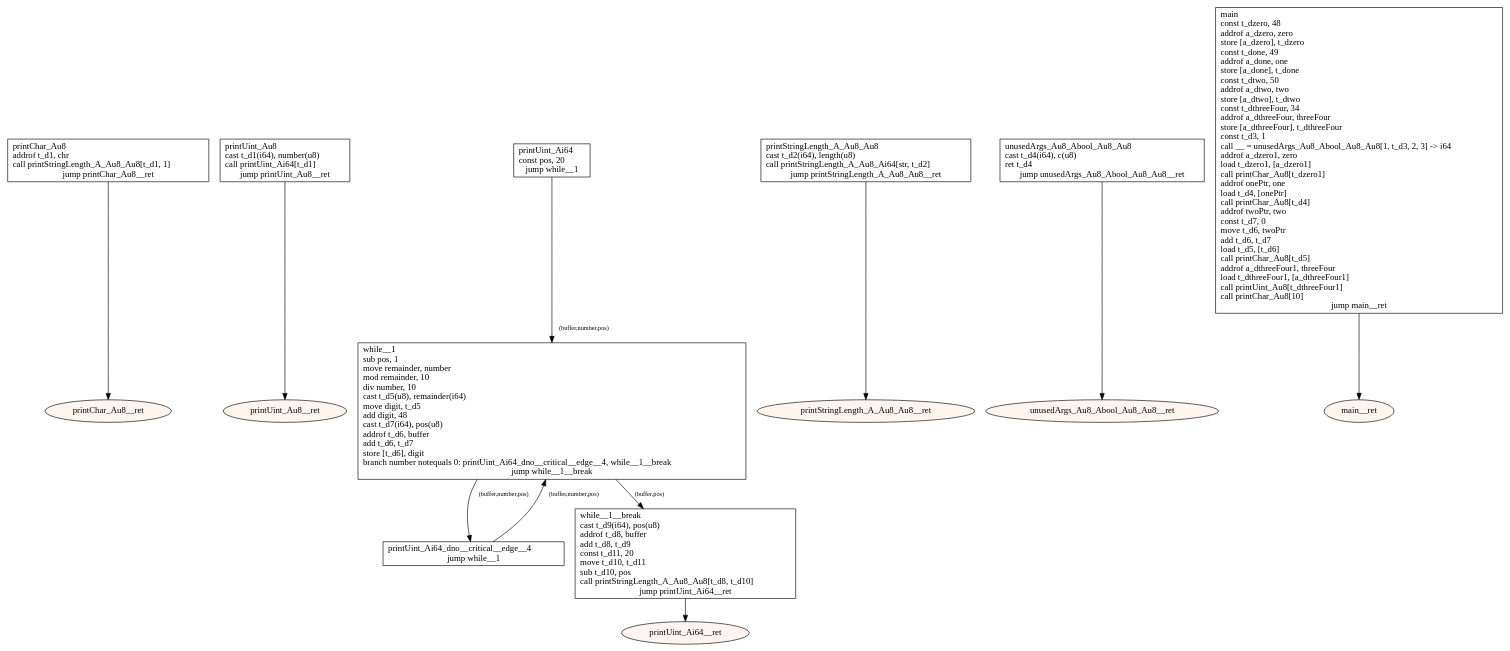
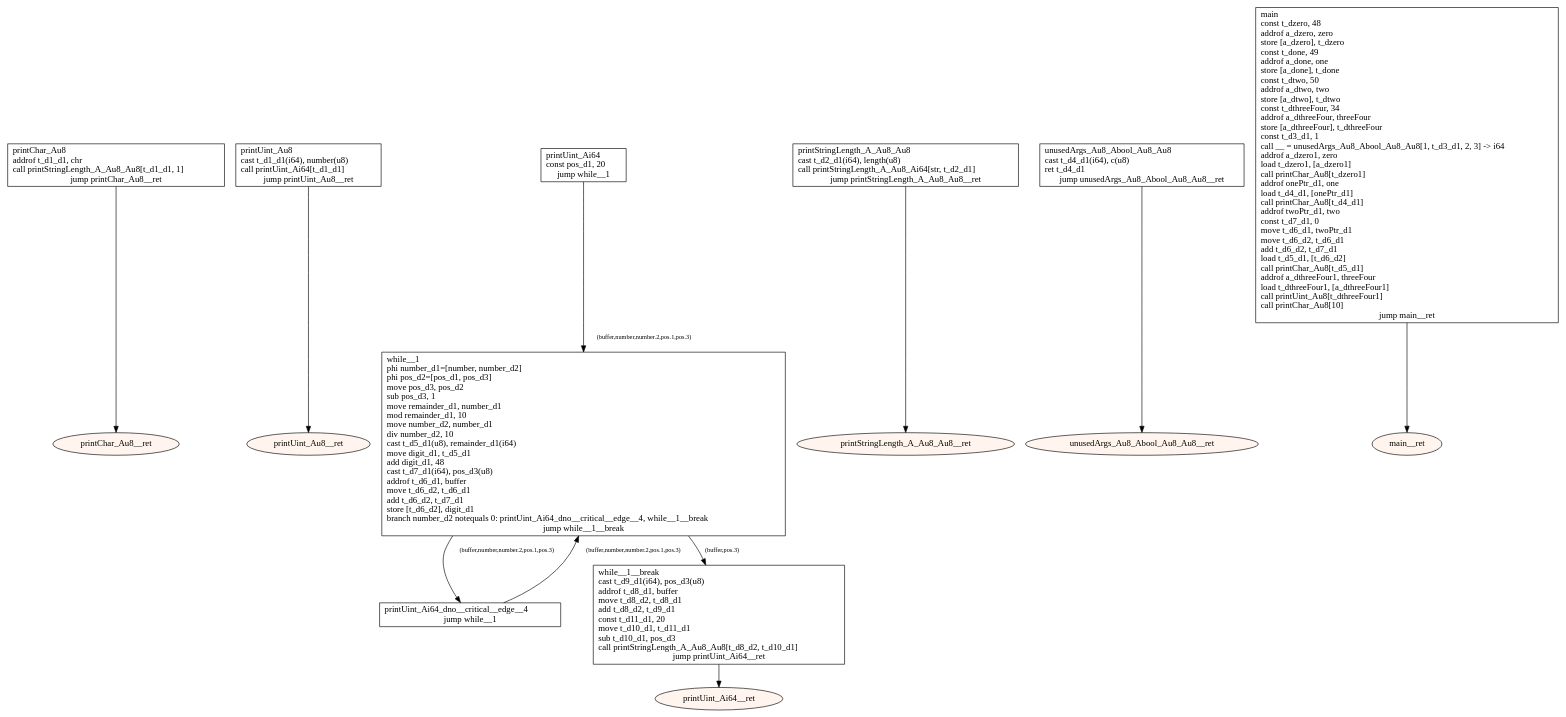
Before and after one commit to tmssngr/tinyC: the diagram in src/main/resources-test/compiler/windows/basics.dot, drawn with Graphviz. The commit also changed 90 other files, not shown here.

```diff
--- a/src/main/resources-test/compiler/windows/basics.dot
+++ b/src/main/resources-test/compiler/windows/basics.dot
@@ -1,40 +1,40 @@
 digraph program {
 	edge[fontsize="10pt"];
 	subgraph fn_printChar_Au8 {
-		BasicBlock_0_printChar_Au8 [label="printChar_Au8\laddrof t_d1, chr\lcall printStringLength_A_Au8_Au8[t_d1, 1]\ljump printChar_Au8__ret",shape=box];
+		BasicBlock_0_printChar_Au8 [label="printChar_Au8\laddrof t_d1_d1, chr\lcall printStringLength_A_Au8_Au8[t_d1_d1, 1]\ljump printChar_Au8__ret",shape=box];
 		BasicBlock_0_printChar_Au8 -> BasicBlock_0_printChar_Au8__ret;
 		BasicBlock_0_printChar_Au8__ret [label="printChar_Au8__ret",shape=oval,style=filled,fillcolor="#fff5ee"];
 	}
 	subgraph fn_printUint_Au8 {
-		BasicBlock_1_printUint_Au8 [label="printUint_Au8\lcast t_d1(i64), number(u8)\lcall printUint_Ai64[t_d1]\ljump printUint_Au8__ret",shape=box];
+		BasicBlock_1_printUint_Au8 [label="printUint_Au8\lcast t_d1_d1(i64), number(u8)\lcall printUint_Ai64[t_d1_d1]\ljump printUint_Au8__ret",shape=box];
 		BasicBlock_1_printUint_Au8 -> BasicBlock_1_printUint_Au8__ret;
 		BasicBlock_1_printUint_Au8__ret [label="printUint_Au8__ret",shape=oval,style=filled,fillcolor="#fff5ee"];
 	}
 	subgraph fn_printUint_Ai64 {
-		BasicBlock_2_printUint_Ai64 [label="printUint_Ai64\lconst pos, 20\ljump while__1",shape=box];
-		BasicBlock_2_printUint_Ai64 -> BasicBlock_2_while__1 [label="(buffer,number,pos)"];
+		BasicBlock_2_printUint_Ai64 [label="printUint_Ai64\lconst pos_d1, 20\ljump while__1",shape=box];
+		BasicBlock_2_printUint_Ai64 -> BasicBlock_2_while__1 [label="(buffer,number,number.2,pos.1,pos.3)"];
 		BasicBlock_2_printUint_Ai64_dno__critical__edge__4 [label="printUint_Ai64_dno__critical__edge__4\ljump while__1",shape=box];
-		BasicBlock_2_printUint_Ai64_dno__critical__edge__4 -> BasicBlock_2_while__1 [label="(buffer,number,pos)"];
-		BasicBlock_2_while__1 [label="while__1\lsub pos, 1\lmove remainder, number\lmod remainder, 10\ldiv number, 10\lcast t_d5(u8), remainder(i64)\lmove digit, t_d5\ladd digit, 48\lcast t_d7(i64), pos(u8)\laddrof t_d6, buffer\ladd t_d6, t_d7\lstore [t_d6], digit\lbranch number notequals 0: printUint_Ai64_dno__critical__edge__4, while__1__break\ljump while__1__break",shape=box];
-		BasicBlock_2_while__1 -> BasicBlock_2_printUint_Ai64_dno__critical__edge__4 [label="(buffer,number,pos)"];
-		BasicBlock_2_while__1 -> BasicBlock_2_while__1__break [label="(buffer,pos)"];
-		BasicBlock_2_while__1__break [label="while__1__break\lcast t_d9(i64), pos(u8)\laddrof t_d8, buffer\ladd t_d8, t_d9\lconst t_d11, 20\lmove t_d10, t_d11\lsub t_d10, pos\lcall printStringLength_A_Au8_Au8[t_d8, t_d10]\ljump printUint_Ai64__ret",shape=box];
+		BasicBlock_2_printUint_Ai64_dno__critical__edge__4 -> BasicBlock_2_while__1 [label="(buffer,number,number.2,pos.1,pos.3)"];
+		BasicBlock_2_while__1 [label="while__1\lphi number_d1=[number, number_d2]\lphi pos_d2=[pos_d1, pos_d3]\lmove pos_d3, pos_d2\lsub pos_d3, 1\lmove remainder_d1, number_d1\lmod remainder_d1, 10\lmove number_d2, number_d1\ldiv number_d2, 10\lcast t_d5_d1(u8), remainder_d1(i64)\lmove digit_d1, t_d5_d1\ladd digit_d1, 48\lcast t_d7_d1(i64), pos_d3(u8)\laddrof t_d6_d1, buffer\lmove t_d6_d2, t_d6_d1\ladd t_d6_d2, t_d7_d1\lstore [t_d6_d2], digit_d1\lbranch number_d2 notequals 0: printUint_Ai64_dno__critical__edge__4, while__1__break\ljump while__1__break",shape=box];
+		BasicBlock_2_while__1 -> BasicBlock_2_printUint_Ai64_dno__critical__edge__4 [label="(buffer,number,number.2,pos.1,pos.3)"];
+		BasicBlock_2_while__1 -> BasicBlock_2_while__1__break [label="(buffer,pos.3)"];
+		BasicBlock_2_while__1__break [label="while__1__break\lcast t_d9_d1(i64), pos_d3(u8)\laddrof t_d8_d1, buffer\lmove t_d8_d2, t_d8_d1\ladd t_d8_d2, t_d9_d1\lconst t_d11_d1, 20\lmove t_d10_d1, t_d11_d1\lsub t_d10_d1, pos_d3\lcall printStringLength_A_Au8_Au8[t_d8_d2, t_d10_d1]\ljump printUint_Ai64__ret",shape=box];
 		BasicBlock_2_while__1__break -> BasicBlock_2_printUint_Ai64__ret;
 		BasicBlock_2_printUint_Ai64__ret [label="printUint_Ai64__ret",shape=oval,style=filled,fillcolor="#fff5ee"];
 	}
 	subgraph fn_printStringLength_A_Au8_Au8 {
-		BasicBlock_3_printStringLength_A_Au8_Au8 [label="printStringLength_A_Au8_Au8\lcast t_d2(i64), length(u8)\lcall printStringLength_A_Au8_Ai64[str, t_d2]\ljump printStringLength_A_Au8_Au8__ret",shape=box];
+		BasicBlock_3_printStringLength_A_Au8_Au8 [label="printStringLength_A_Au8_Au8\lcast t_d2_d1(i64), length(u8)\lcall printStringLength_A_Au8_Ai64[str, t_d2_d1]\ljump printStringLength_A_Au8_Au8__ret",shape=box];
 		BasicBlock_3_printStringLength_A_Au8_Au8 -> BasicBlock_3_printStringLength_A_Au8_Au8__ret;
 		BasicBlock_3_printStringLength_A_Au8_Au8__ret [label="printStringLength_A_Au8_Au8__ret",shape=oval,style=filled,fillcolor="#fff5ee"];
 	}
 	subgraph fn_unusedArgs_Au8_Abool_Au8_Au8 {
-		BasicBlock_4_unusedArgs_Au8_Abool_Au8_Au8 [label="unusedArgs_Au8_Abool_Au8_Au8\lcast t_d4(i64), c(u8)\lret t_d4\ljump unusedArgs_Au8_Abool_Au8_Au8__ret",shape=box];
+		BasicBlock_4_unusedArgs_Au8_Abool_Au8_Au8 [label="unusedArgs_Au8_Abool_Au8_Au8\lcast t_d4_d1(i64), c(u8)\lret t_d4_d1\ljump unusedArgs_Au8_Abool_Au8_Au8__ret",shape=box];
 		BasicBlock_4_unusedArgs_Au8_Abool_Au8_Au8 -> BasicBlock_4_unusedArgs_Au8_Abool_Au8_Au8__ret;
 		BasicBlock_4_unusedArgs_Au8_Abool_Au8_Au8__ret [label="unusedArgs_Au8_Abool_Au8_Au8__ret",shape=oval,style=filled,fillcolor="#fff5ee"];
 	}
 	subgraph fn_main {
-		BasicBlock_5_main [label="main\lconst t_dzero, 48\laddrof a_dzero, zero\lstore [a_dzero], t_dzero\lconst t_done, 49\laddrof a_done, one\lstore [a_done], t_done\lconst t_dtwo, 50\laddrof a_dtwo, two\lstore [a_dtwo], t_dtwo\lconst t_dthreeFour, 34\laddrof a_dthreeFour, threeFour\lstore [a_dthreeFour], t_dthreeFour\lconst t_d3, 1\lcall __ = unusedArgs_Au8_Abool_Au8_Au8[1, t_d3, 2, 3] -> i64\laddrof a_dzero1, zero\lload t_dzero1, [a_dzero1]\lcall printChar_Au8[t_dzero1]\laddrof onePtr, one\lload t_d4, [onePtr]\lcall printChar_Au8[t_d4]\laddrof twoPtr, two\lconst t_d7, 0\lmove t_d6, twoPtr\ladd t_d6, t_d7\lload t_d5, [t_d6]\lcall printChar_Au8[t_d5]\laddrof a_dthreeFour1, threeFour\lload t_dthreeFour1, [a_dthreeFour1]\lcall printUint_Au8[t_dthreeFour1]\lcall printChar_Au8[10]\ljump main__ret",shape=box];
+		BasicBlock_5_main [label="main\lconst t_dzero, 48\laddrof a_dzero, zero\lstore [a_dzero], t_dzero\lconst t_done, 49\laddrof a_done, one\lstore [a_done], t_done\lconst t_dtwo, 50\laddrof a_dtwo, two\lstore [a_dtwo], t_dtwo\lconst t_dthreeFour, 34\laddrof a_dthreeFour, threeFour\lstore [a_dthreeFour], t_dthreeFour\lconst t_d3_d1, 1\lcall __ = unusedArgs_Au8_Abool_Au8_Au8[1, t_d3_d1, 2, 3] -> i64\laddrof a_dzero1, zero\lload t_dzero1, [a_dzero1]\lcall printChar_Au8[t_dzero1]\laddrof onePtr_d1, one\lload t_d4_d1, [onePtr_d1]\lcall printChar_Au8[t_d4_d1]\laddrof twoPtr_d1, two\lconst t_d7_d1, 0\lmove t_d6_d1, twoPtr_d1\lmove t_d6_d2, t_d6_d1\ladd t_d6_d2, t_d7_d1\lload t_d5_d1, [t_d6_d2]\lcall printChar_Au8[t_d5_d1]\laddrof a_dthreeFour1, threeFour\lload t_dthreeFour1, [a_dthreeFour1]\lcall printUint_Au8[t_dthreeFour1]\lcall printChar_Au8[10]\ljump main__ret",shape=box];
 		BasicBlock_5_main -> BasicBlock_5_main__ret;
 		BasicBlock_5_main__ret [label="main__ret",shape=oval,style=filled,fillcolor="#fff5ee"];
 	}
 }
```
